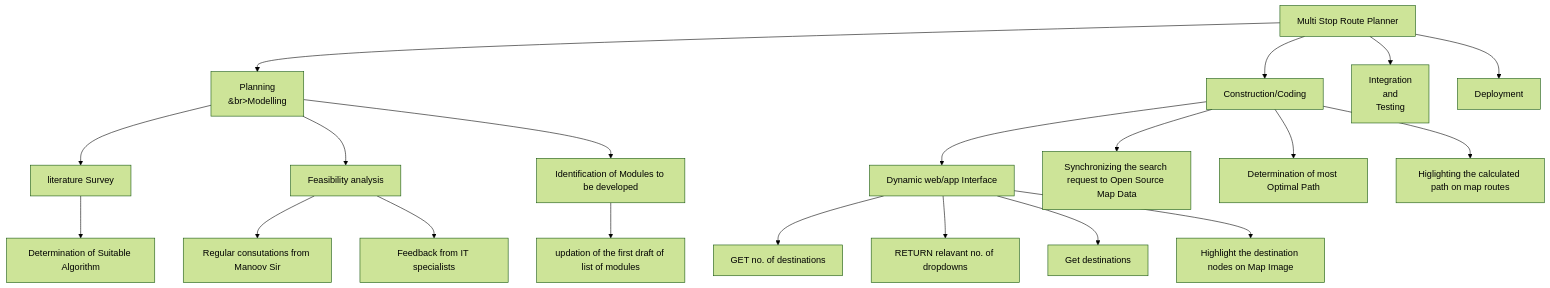
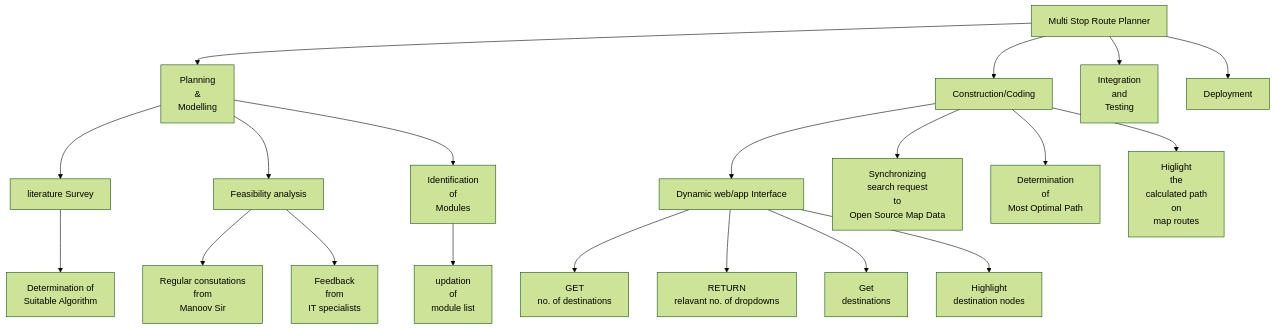
Before and after one commit to bholebaba0135/Destiny-Defined_TARP: the second of 2 diagrams in README.md, drawn with Mermaid (forest theme).

Commit message:
Resolving the small size of WBS

````diff
--- a/README.md
+++ b/README.md
@@ -37,24 +37,24 @@
 ```mermaid
 graph TD
-id1[Multi Stop Route Planner] --> id2[Planning<br>&br>Modelling]
+id1[Multi Stop Route Planner] --> id2[Planning<br>&<br>Modelling]
 id1 --> id3[Construction/Coding]
 id1 --> id4[Integration<br>and<br>Testing]
 id1 --> id5[Deployment]
 id2 --> id2a[literature Survey]
-id2a --> id2a1[Determination of Suitable Algorithm]
+id2a --> id2a1[Determination of<br>Suitable Algorithm]
 id2 --> id2b[Feasibility analysis]
-id2b --> id2b1[Regular consutations from Manoov Sir]
-id2b --> id2b2[Feedback from IT specialists]
-id2 --> id2c[Identification of Modules to be developed]
-id2c --> id2c1[updation of the first draft of list of modules]
+id2b --> id2b1[Regular consutations<br>from<br>Manoov Sir]
+id2b --> id2b2[Feedback<br>from<br>IT specialists]
+id2 --> id2c[Identification<br>of<br>Modules]
+id2c --> id2c1[updation<br>of<br>module list]
 id3 --> id3a[Dynamic web/app Interface]
-id3a --> id3a1[GET no. of destinations]
-id3a --> id3a2[RETURN relavant no. of dropdowns]
-id3a --> id3a3[Get destinations]
-id3a --> id3a4[Highlight the destination nodes on Map Image]
-id3 --> id3b[Synchronizing the search request to Open Source Map Data]
-id3 --> id3c[Determination of most Optimal Path]
-id3 --> id3d[Higlighting the calculated path on map routes]
+id3a --> id3a1[GET<br>no. of destinations]
+id3a --> id3a2[RETURN<br>relavant no. of dropdowns]
+id3a --> id3a3[Get<br>destinations]
+id3a --> id3a4[Highlight<br>destination nodes]
+id3 --> id3b[Synchronizing<br>search request<br>to<br>Open Source Map Data]
+id3 --> id3c[Determination<br>of<br>Most Optimal Path]
+id3 --> id3d[Higlight<br>the<br>calculated path<br>on<br>map routes]
 
 
 ```
````
